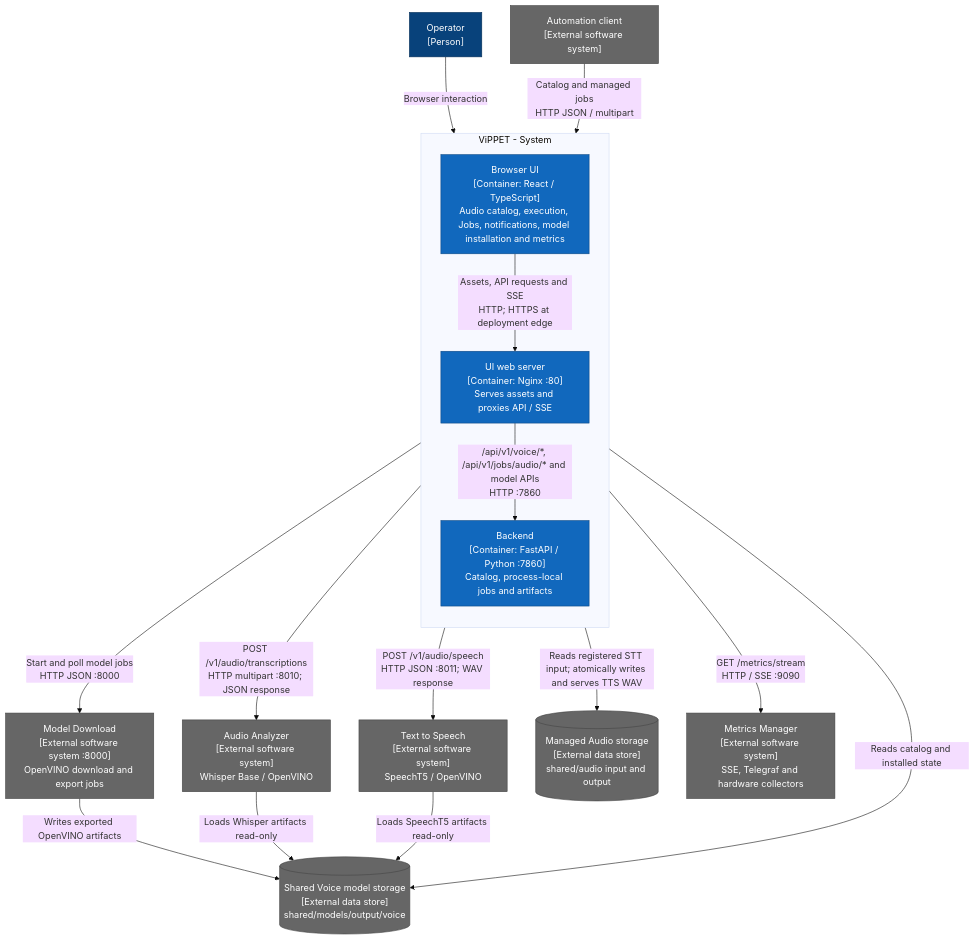
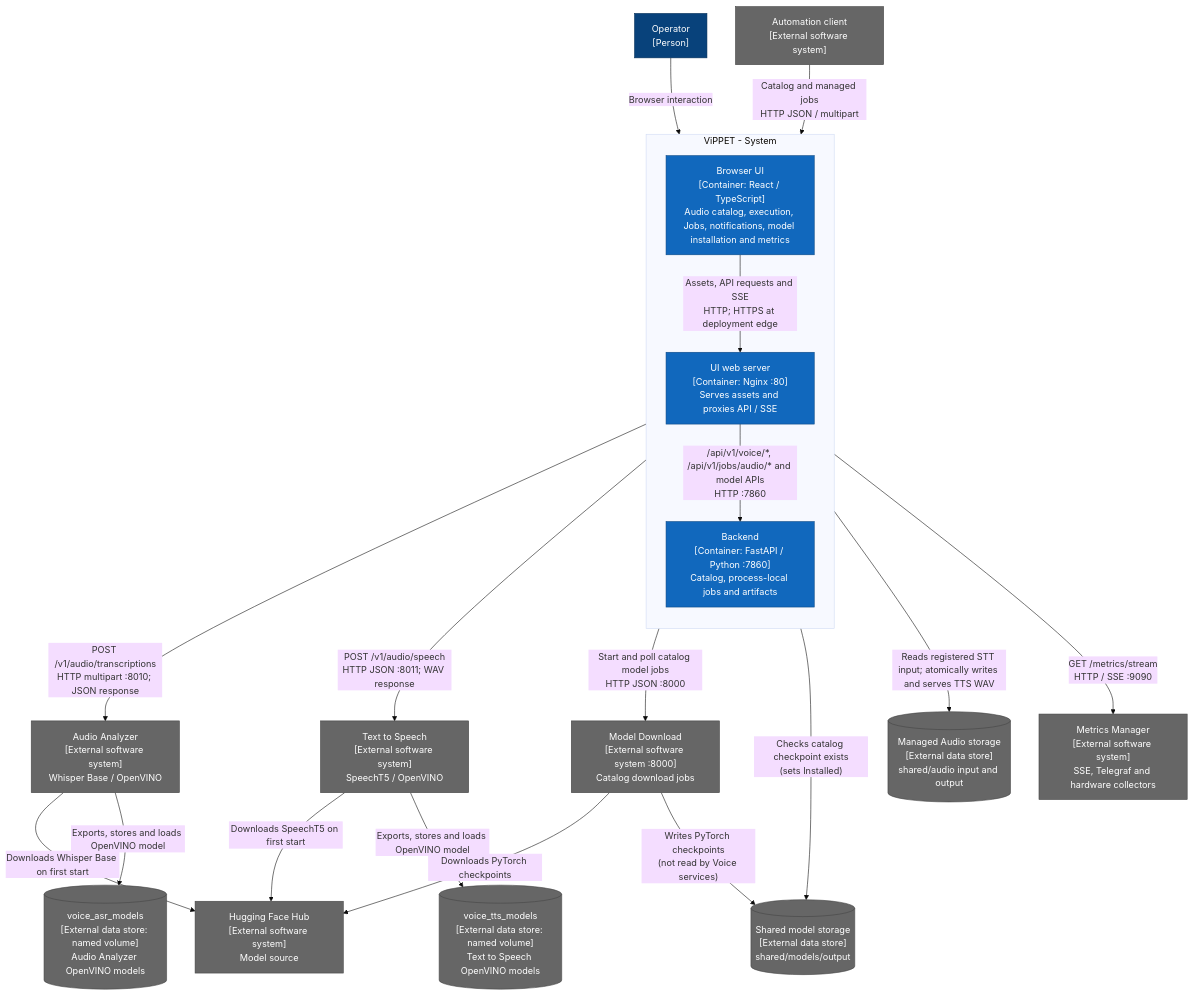
One commit to open-edge-platform/edge-ai-libraries changed the second of 9 diagrams in tools/visual-pipeline-and-platform-evaluation-tool/docs/user-guide/developer-guide/voice-architecture.md. Above: the diagram before and after it, drawn with Mermaid (base theme). The commit also changed other lines of this file and 2 other files, not shown here.

Commit message:
[ViPPET] Update voice docs (#4004)

````diff
--- a/tools/visual-pipeline-and-platform-evaluation-tool/docs/user-guide/developer-guide/voice-architecture.md
+++ b/tools/visual-pipeline-and-platform-evaluation-tool/docs/user-guide/developer-guide/voice-architecture.md
@@ -60,33 +66,39 @@
 ```mermaid
 flowchart TB
   operator["Operator<br/>[Person]"]:::person
   automation["Automation client<br/>[External software system]"]:::external
   subgraph vippet[ViPPET - System]
     direction TB
     spa["Browser UI<br/>[Container: React / TypeScript]<br/>Audio catalog, execution, Jobs, notifications, model installation and metrics"]:::internal
     web["UI web server<br/>[Container: Nginx :80]<br/>Serves assets and proxies API / SSE"]:::internal
     api["Backend<br/>[Container: FastAPI / Python :7860]<br/>Catalog, process-local jobs and artifacts"]:::internal
     spa -->|"Assets, API requests and SSE<br/>HTTP; HTTPS at deployment edge"| web
     web -->|"/api/v1/voice/*, /api/v1/jobs/audio/* and model APIs<br/>HTTP :7860"| api
   end
   asr["Audio Analyzer<br/>[External software system]<br/>Whisper Base / OpenVINO"]:::external
   tts["Text to Speech<br/>[External software system]<br/>SpeechT5 / OpenVINO"]:::external
-  downloader["Model Download<br/>[External software system :8000]<br/>OpenVINO download and export jobs"]:::external
-  modelstore[("Shared Voice model storage<br/>[External data store]<br/>shared/models/output/voice")]:::external
+  asrmodels[("voice_asr_models<br/>[External data store: named volume]<br/>Audio Analyzer OpenVINO models")]:::external
+  ttsmodels[("voice_tts_models<br/>[External data store: named volume]<br/>Text to Speech OpenVINO models")]:::external
+  hub["Hugging Face Hub<br/>[External software system]<br/>Model source"]:::external
+  downloader["Model Download<br/>[External software system :8000]<br/>Catalog download jobs"]:::external
+  modelstore[("Shared model storage<br/>[External data store]<br/>shared/models/output")]:::external
   audiostore[("Managed Audio storage<br/>[External data store]<br/>shared/audio input and output")]:::external
   telemetry["Metrics Manager<br/>[External software system]<br/>SSE, Telegraf and hardware collectors"]:::external
   operator -->|Browser interaction| spa
   automation -->|"Catalog and managed jobs<br/>HTTP JSON / multipart"| web
   api -->|"POST /v1/audio/transcriptions<br/>HTTP multipart :8010; JSON response"| asr
   api -->|"POST /v1/audio/speech<br/>HTTP JSON :8011; WAV response"| tts
-  api -->|"Start and poll model jobs<br/>HTTP JSON :8000"| downloader
-  api -->|"Reads catalog and installed state"| modelstore
+  api -->|"Start and poll catalog model jobs<br/>HTTP JSON :8000"| downloader
+  api -->|"Checks catalog checkpoint exists<br/>(sets Installed)"| modelstore
   api -->|"Reads registered STT input; atomically writes and serves TTS WAV"| audiostore
-  downloader -->|"Writes exported OpenVINO artifacts"| modelstore
-  asr -->|"Loads Whisper artifacts read-only"| modelstore
-  tts -->|"Loads SpeechT5 artifacts read-only"| modelstore
+  downloader -->|"Downloads PyTorch checkpoints"| hub
+  downloader -->|"Writes PyTorch checkpoints<br/>(not read by Voice services)"| modelstore
+  asr -->|"Downloads Whisper Base on first start"| hub
+  asr -->|"Exports, stores and loads OpenVINO model"| asrmodels
+  tts -->|"Downloads SpeechT5 on first start"| hub
+  tts -->|"Exports, stores and loads OpenVINO model"| ttsmodels
   web -->|"GET /metrics/stream<br/>HTTP / SSE :9090"| telemetry
   classDef person fill:#08427b,color:#fff,stroke:#052e56
   classDef internal fill:#1168bd,color:#fff,stroke:#0b4884
   classDef external fill:#666,color:#fff,stroke:#444
 ```
````
